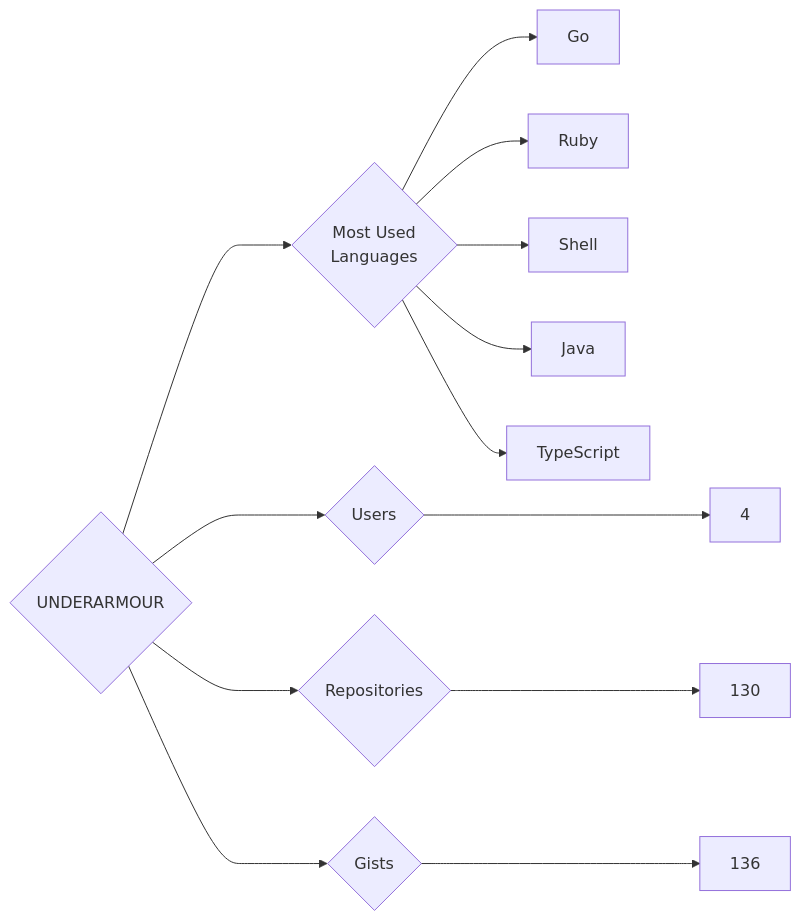
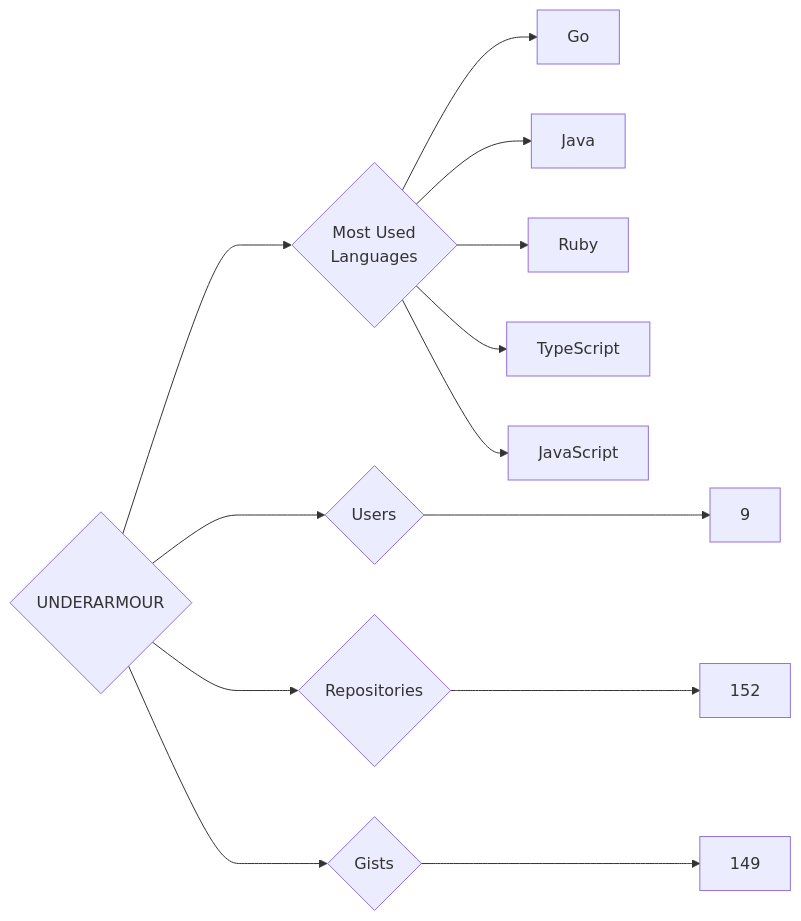
Before and after one commit to trickest/insiders: the diagram in targets/UNDERARMOUR/README.md, drawn with Mermaid. The commit also changed 1508 other files, not shown here.

````diff
--- a/targets/UNDERARMOUR/README.md
+++ b/targets/UNDERARMOUR/README.md
@@ -3,13 +3,13 @@
 ```mermaid
 graph LR
 COMPANY_NAME{UNDERARMOUR}
-COMPANY_NAME ---> U{Users} ---> UN[4]
-COMPANY_NAME ---> R{Repositories} ---> RN[130]
-COMPANY_NAME ---> G{Gists} ---> GN[136]
+COMPANY_NAME ---> U{Users} ---> UN[9]
+COMPANY_NAME ---> R{Repositories} ---> RN[152]
+COMPANY_NAME ---> G{Gists} ---> GN[149]
 COMPANY_NAME ---> ML{Most Used<br>Languages}
 ML --> Go[Go]
+ML --> Java[Java]
 ML --> Ruby[Ruby]
-ML --> Shell[Shell]
-ML --> Java[Java]
 ML --> TypeScript[TypeScript]
+ML --> JavaScript[JavaScript]
 ```
````
